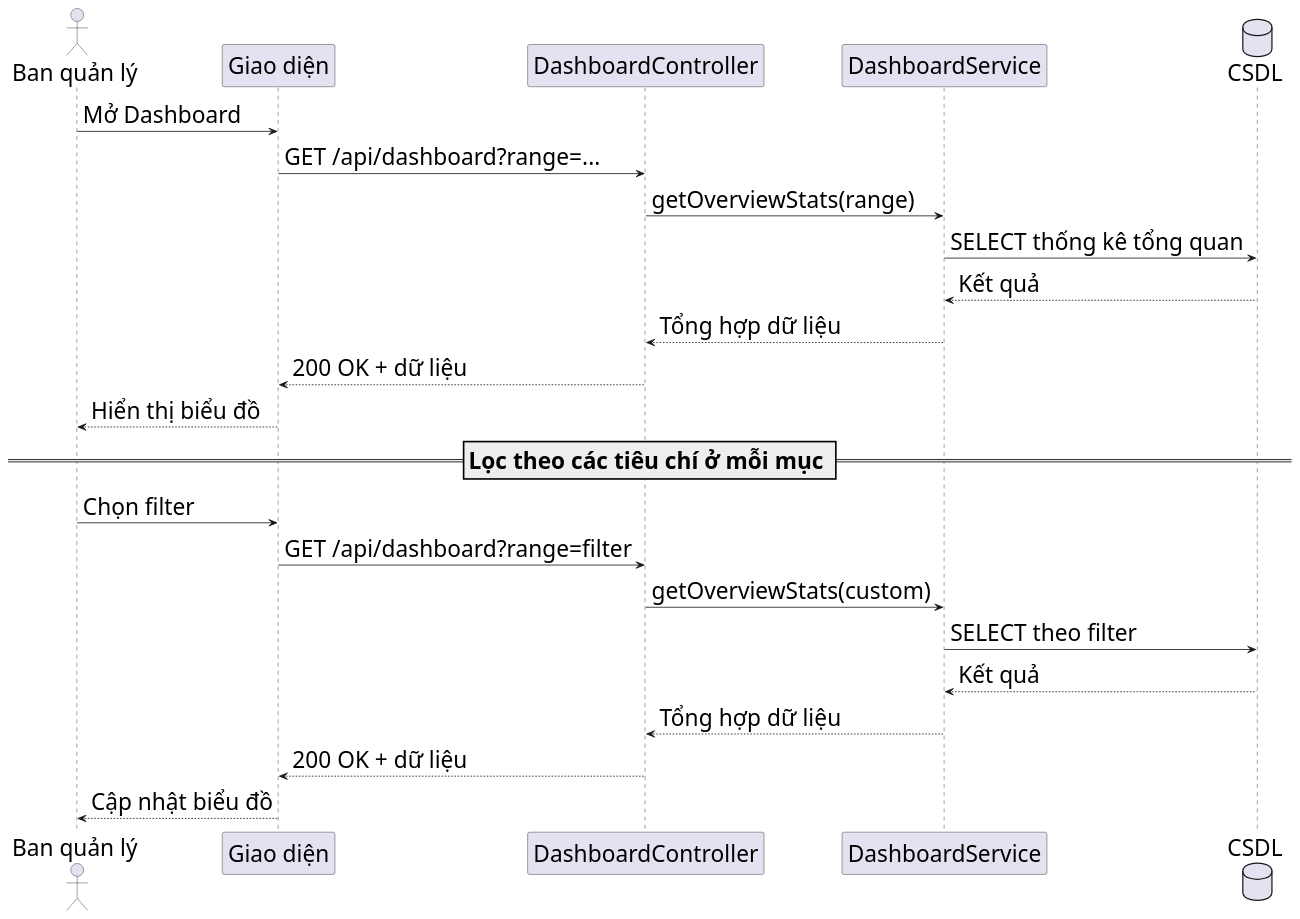
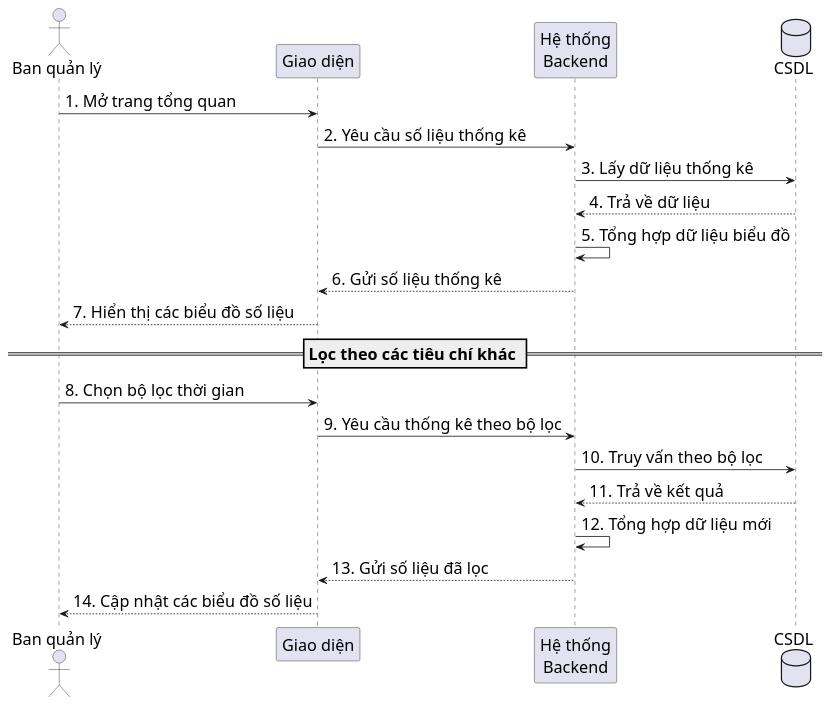
One commit to s0nbuildtech287/dormitory-frontend changed the diagram in diagrams/nhomdashboard/dashboard_view_sequence.puml. Above: the diagram before and after it, drawn with PlantUML. The commit also changed 23 other files, not shown here.

```diff
--- a/diagrams/nhomdashboard/dashboard_view_sequence.puml
+++ b/diagrams/nhomdashboard/dashboard_view_sequence.puml
@@ -1,29 +1,27 @@
 @startuml "Dashboard View Sequence"
-skinparam defaultFontSize 28
+skinparam defaultFontSize 20
 skinparam defaultFontName "Times New Roman"
-skinparam sequenceMessageSize 28
+skinparam sequenceMessageSize 20
+
 actor "Ban quản lý" as Admin
 participant "Giao diện" as FE
-participant "DashboardController" as DashC
-participant "DashboardService" as DashS
+participant "Hệ thống\nBackend" as BE
 database "CSDL" as DB
 
-Admin -> FE: Mở Dashboard
-FE -> DashC: GET /api/dashboard?range=...
-DashC -> DashS: getOverviewStats(range)
-DashS -> DB: SELECT thống kê tổng quan
-DB --> DashS: Kết quả
-DashS --> DashC: Tổng hợp dữ liệu
-DashC --> FE: 200 OK + dữ liệu
-FE --> Admin: Hiển thị biểu đồ
+Admin -> FE: 1. Mở trang tổng quan
+FE -> BE: 2. Yêu cầu số liệu thống kê
+BE -> DB: 3. Lấy dữ liệu thống kê
+DB --> BE: 4. Trả về dữ liệu
+BE -> BE: 5. Tổng hợp dữ liệu biểu đồ
+BE --> FE: 6. Gửi số liệu thống kê
+FE --> Admin: 7. Hiển thị các biểu đồ số liệu
 
-== Lọc theo các tiêu chí ở mỗi mục ==
-Admin -> FE: Chọn filter  
-FE -> DashC: GET /api/dashboard?range=filter
-DashC -> DashS: getOverviewStats(custom)
-DashS -> DB: SELECT theo filter
-DB --> DashS: Kết quả
-DashS --> DashC: Tổng hợp dữ liệu
-DashC --> FE: 200 OK + dữ liệu
-FE --> Admin: Cập nhật biểu đồ
+== Lọc theo các tiêu chí khác ==
+Admin -> FE: 8. Chọn bộ lọc thời gian
+FE -> BE: 9. Yêu cầu thống kê theo bộ lọc
+BE -> DB: 10. Truy vấn theo bộ lọc
+DB --> BE: 11. Trả về kết quả
+BE -> BE: 12. Tổng hợp dữ liệu mới
+BE --> FE: 13. Gửi số liệu đã lọc
+FE --> Admin: 14. Cập nhật các biểu đồ số liệu
 @enduml
```
